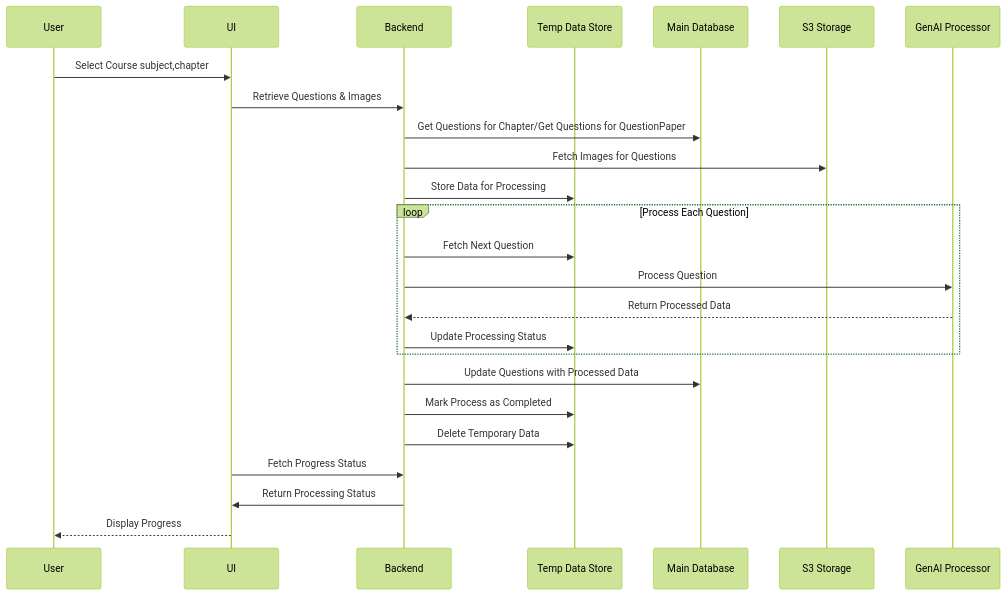
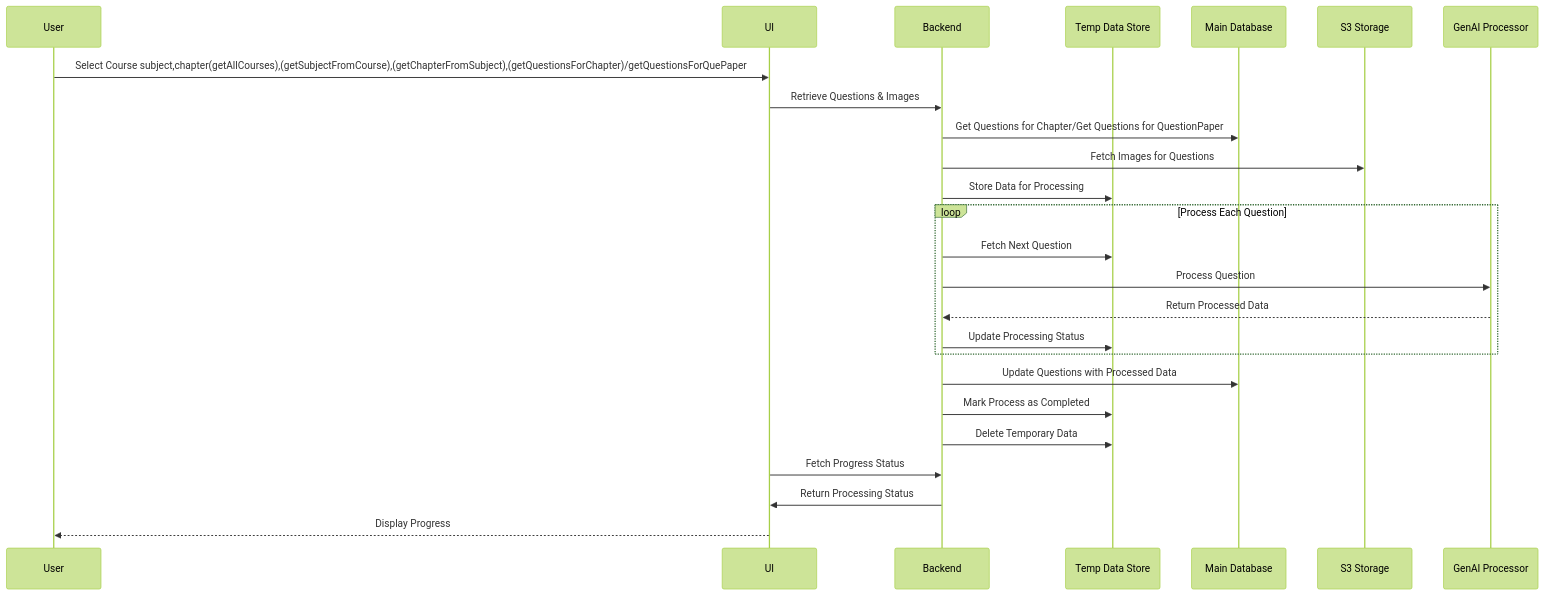
One commit to MayuriSutar12/Documentation changed the diagram in docs/sequence_digram.md. Above: the diagram before and after it, drawn with Mermaid (forest theme).

````diff
--- a/docs/sequence_digram.md
+++ b/docs/sequence_digram.md
@@ -2,33 +2,33 @@
 ```mermaid
 sequenceDiagram
     participant User as User
     participant UI as UI
     participant Backend as Backend
     participant TempDB as Temp Data Store
     participant MainDB as Main Database
     participant S3 as S3 Storage
     participant GenAI as GenAI Processor
 
-    User ->> UI: Select Course subject,chapter
+    User ->> UI: Select Course subject,chapter(getAllCourses),(getSubjectFromCourse),(getChapterFromSubject),(getQuestionsForChapter)/getQuestionsForQuePaper
     UI ->> Backend: Retrieve Questions & Images
     Backend ->> MainDB: Get Questions for Chapter/Get Questions for QuestionPaper
     Backend ->> S3: Fetch Images for Questions
     Backend ->> TempDB: Store Data for Processing
 
     loop Process Each Question
         Backend ->> TempDB: Fetch Next Question
         Backend ->> GenAI: Process Question
         GenAI -->> Backend: Return Processed Data
         Backend ->> TempDB: Update Processing Status
     end
 
     Backend ->> MainDB: Update Questions with Processed Data
     Backend ->> TempDB: Mark Process as Completed
     Backend ->> TempDB: Delete Temporary Data
 
     UI ->> Backend: Fetch Progress Status
     Backend ->> UI: Return Processing Status
     UI -->> User: Display Progress
 
 
 ```
````
